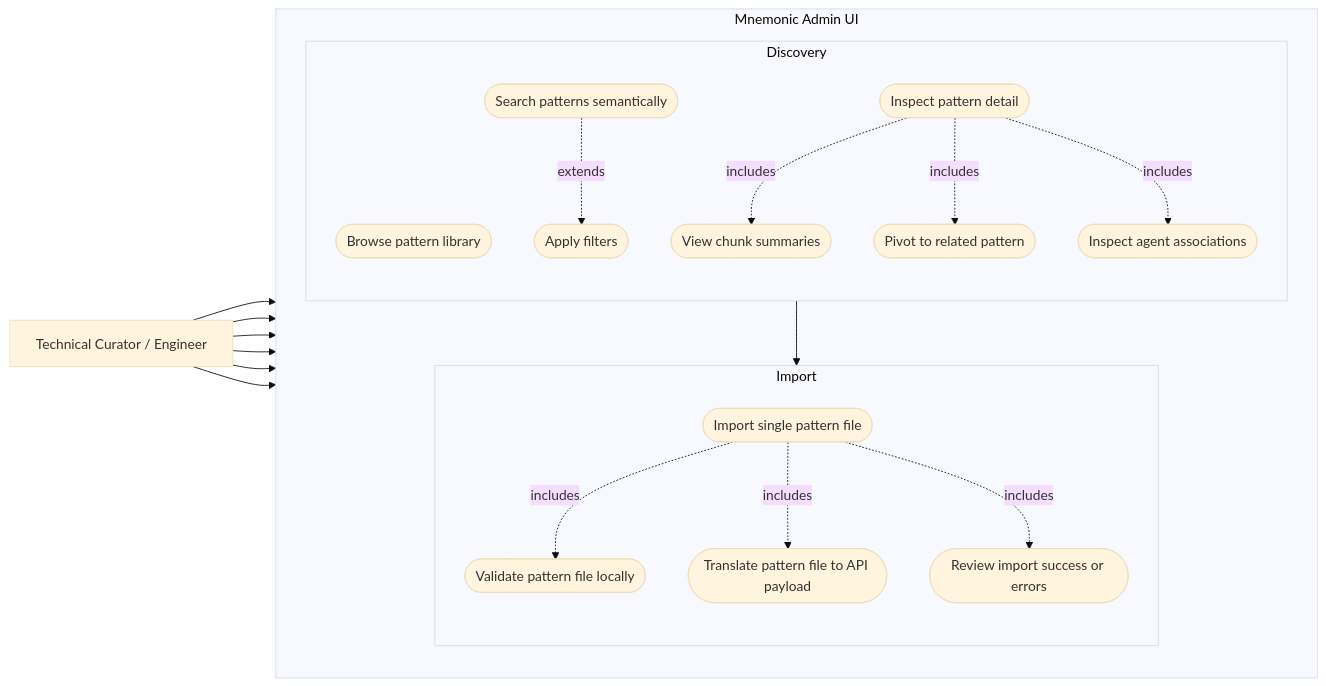
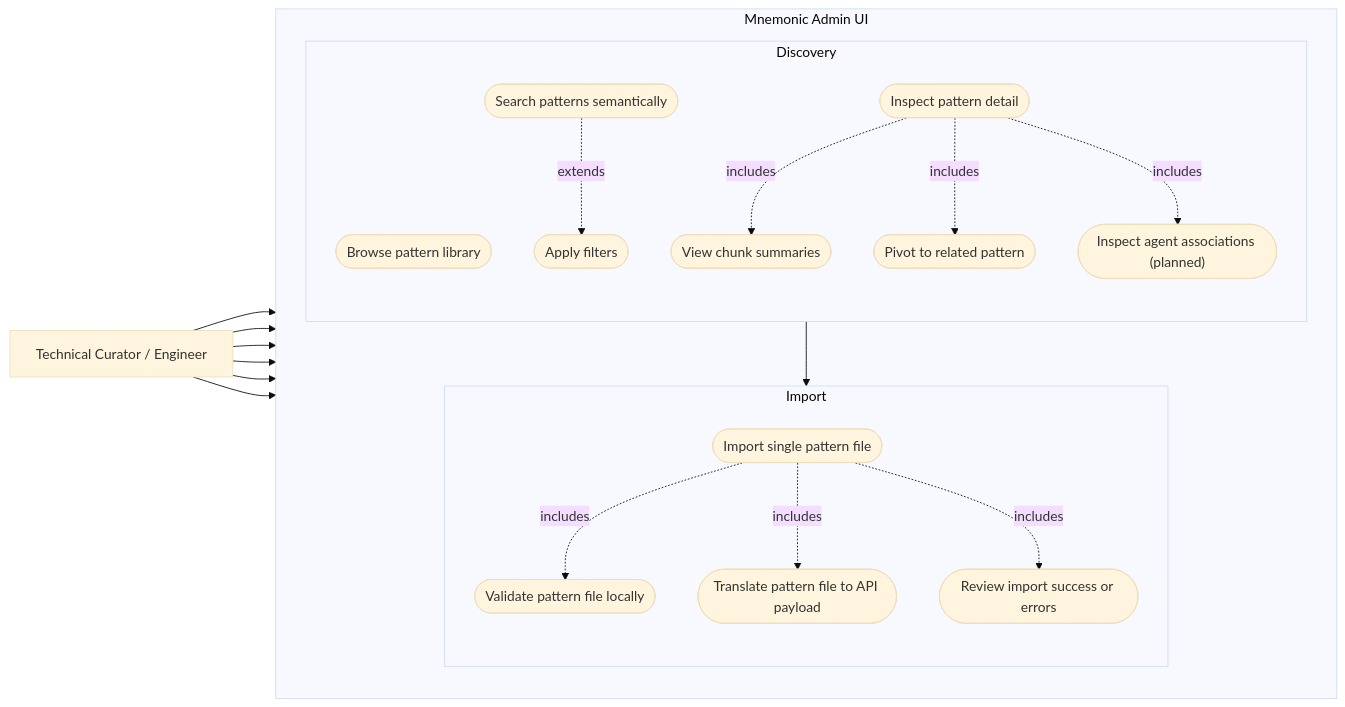
One commit to twistingmercury/mnemonic-docs changed the diagram in docs/architecture/admin/use-cases.md. Above: the diagram before and after it, drawn with Mermaid (base theme). The commit also changed other lines of this file and 41 other files, not shown here.

````diff
--- a/docs/architecture/admin/use-cases.md
+++ b/docs/architecture/admin/use-cases.md
@@ -11,44 +11,44 @@
 ```mermaid
 flowchart LR
     User[Technical Curator / Engineer]
 
     subgraph UI[Mnemonic Admin UI]
         direction TB
         subgraph Discovery[Discovery]
             direction TB
             UC_Browse([Browse pattern library])
             UC_Search([Search patterns semantically])
             UC_Filter([Apply filters])
             UC_Detail([Inspect pattern detail])
             UC_Chunks([View chunk summaries])
             UC_Related([Pivot to related pattern])
-            UC_Agents([Inspect agent associations])
+            UC_Agents(["Inspect agent associations (planned)"])
         end
 
         subgraph Import[Import]
             direction TB
             UC_Import([Import single pattern file])
             UC_Validate([Validate pattern file locally])
             UC_Translate([Translate pattern file to API payload])
             UC_Result([Review import success or errors])
         end
     end
 
     User --> UC_Browse
     User --> UC_Search
     User --> UC_Filter
     User --> UC_Detail
     User --> UC_Import
     User --> UC_Result
 
     UC_Search -. extends .-> UC_Filter
     UC_Detail -. includes .-> UC_Chunks
     UC_Detail -. includes .-> UC_Related
     UC_Detail -. includes .-> UC_Agents
 
     UC_Import -. includes .-> UC_Validate
     UC_Import -. includes .-> UC_Translate
     UC_Import -. includes .-> UC_Result
 
     Discovery --> Import
 ```
````
